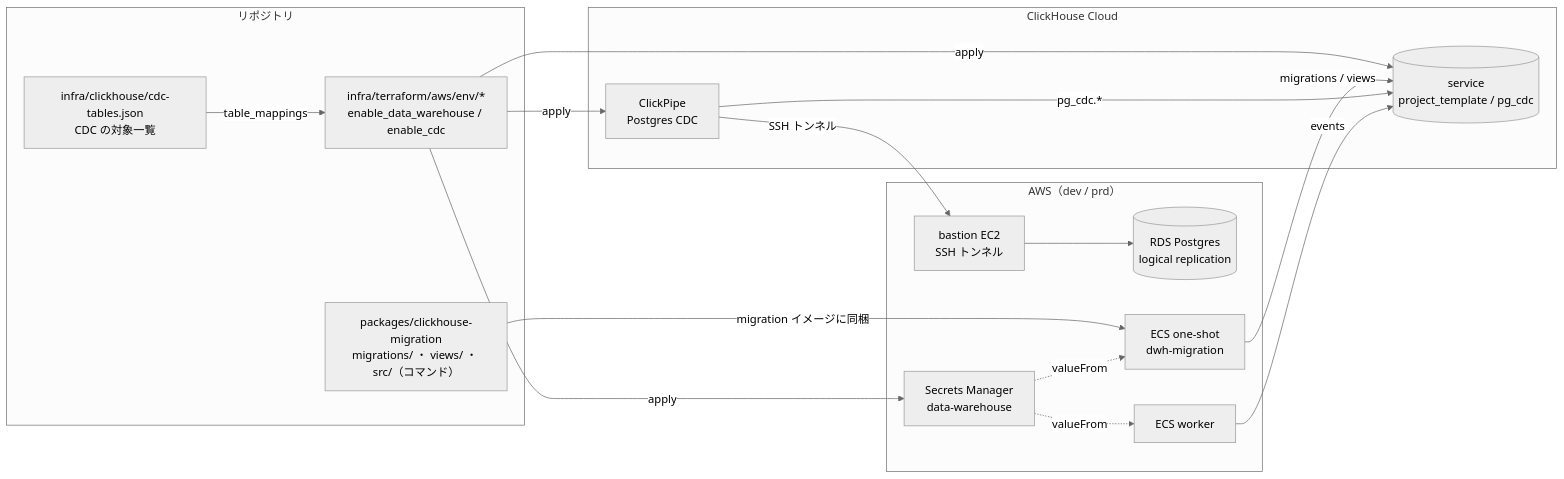
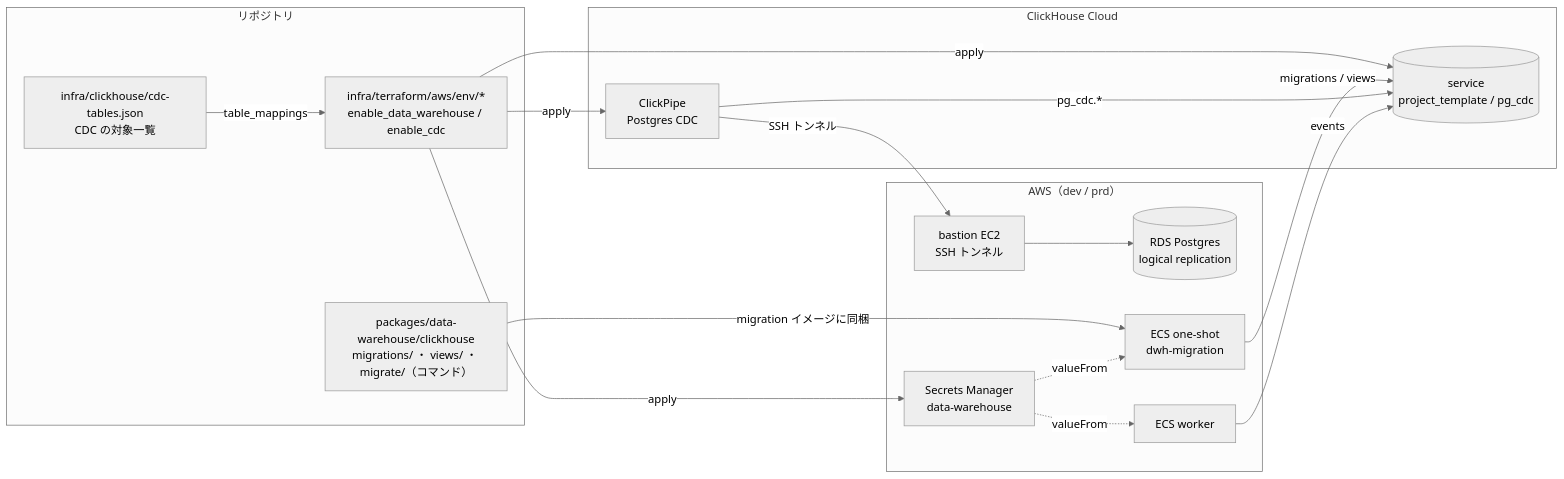
One commit to kentakki416/project-template changed the first of 5 diagrams in docs/spec/clickhouse-migration/README.md. Above: the diagram before and after it, drawn with Mermaid (neutral theme). The commit also changed other lines of this file and 4 other files, not shown here.

First line of the commit message:
docs(clickhouse-migration): ClickHouse の migration を packages/data-warehouse/clickhouse に置く設計に変える

````diff
--- a/docs/spec/clickhouse-migration/README.md
+++ b/docs/spec/clickhouse-migration/README.md
@@ -143,33 +144,33 @@
 ```mermaid
 flowchart LR
     subgraph repo["リポジトリ"]
-        MIG["packages/clickhouse-migration<br/>migrations/ ・ views/ ・ src/（コマンド）"]
+        MIG["packages/data-warehouse/clickhouse<br/>migrations/ ・ views/ ・ migrate/（コマンド）"]
         LIST["infra/clickhouse/cdc-tables.json<br/>CDC の対象一覧"]
         TF["infra/terraform/aws/env/*<br/>enable_data_warehouse / enable_cdc"]
     end
 
     subgraph aws["AWS（dev / prd）"]
         RDS[(RDS Postgres<br/>logical replication)]
         BAS[bastion EC2<br/>SSH トンネル]
         TASK[ECS one-shot<br/>dwh-migration]
         WORKER[ECS worker]
         SEC[Secrets Manager<br/>data-warehouse]
     end
 
     subgraph cloud["ClickHouse Cloud"]
         SVC[(service<br/>project_template / pg_cdc)]
         PIPE[ClickPipe<br/>Postgres CDC]
     end
 
     TF -->|apply| SVC
     TF -->|apply| PIPE
     TF -->|apply| SEC
     LIST -->|table_mappings| TF
     MIG -->|migration イメージに同梱| TASK
     TASK -->|migrations / views| SVC
     PIPE -->|SSH トンネル| BAS --> RDS
     PIPE -->|pg_cdc.*| SVC
     WORKER -->|events| SVC
     SEC -.->|valueFrom| TASK
     SEC -.->|valueFrom| WORKER
 ```
````
